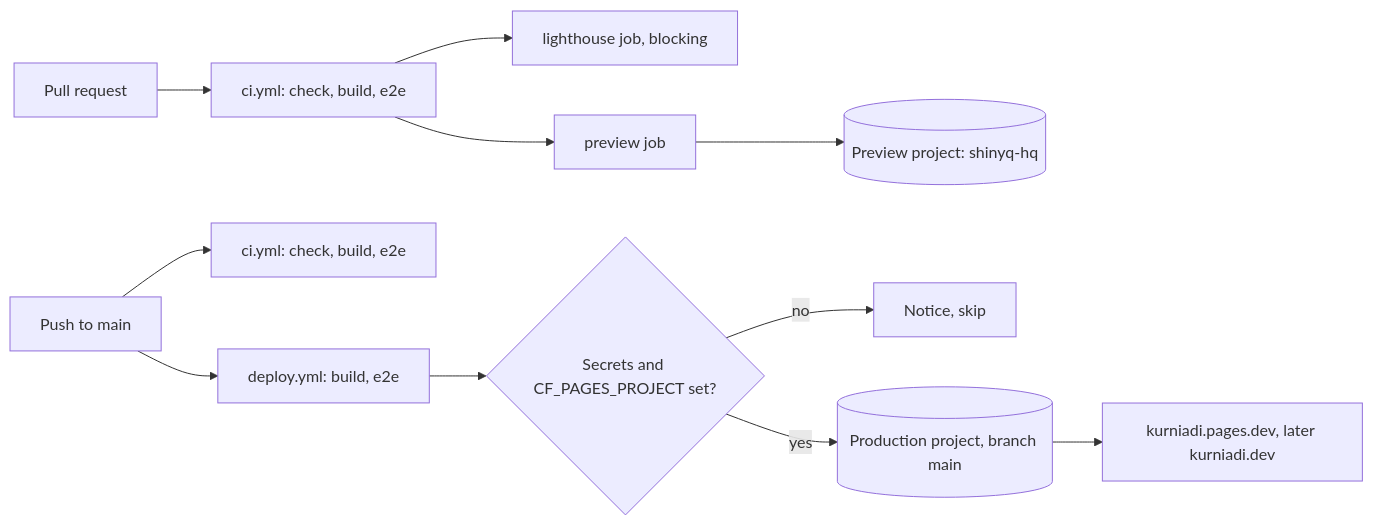
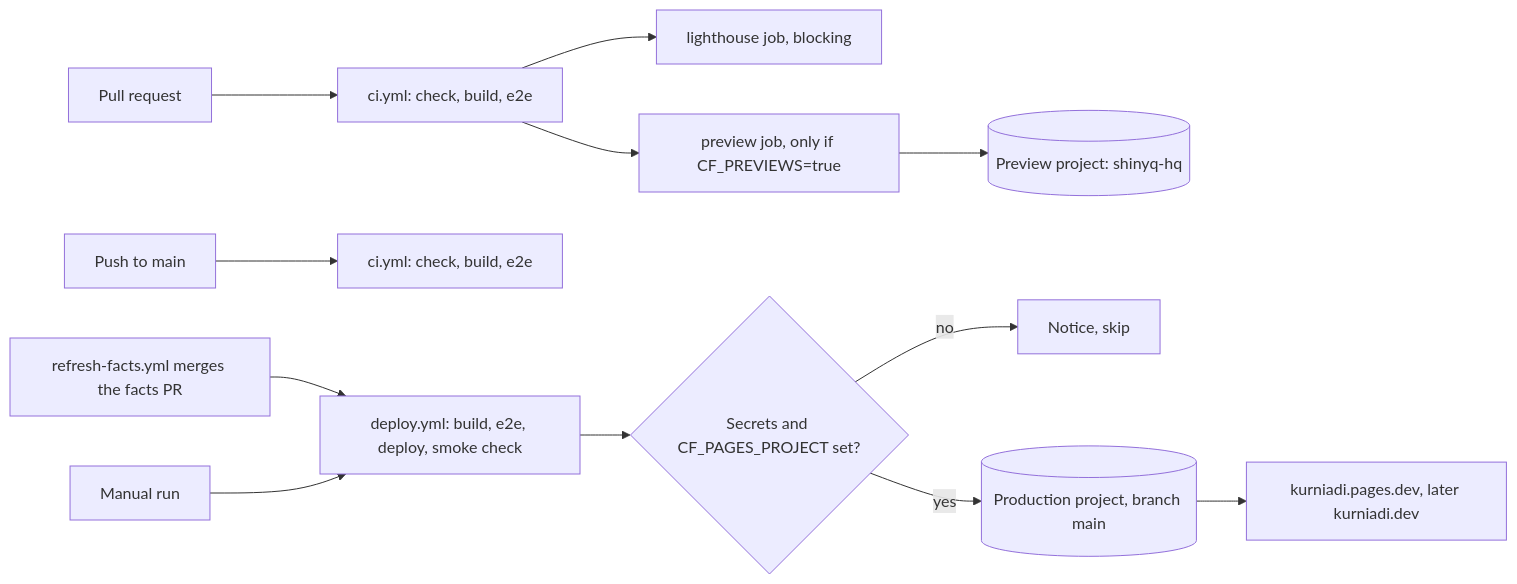
The diagram in docs/deploy.md (ShinyQ/ShinyQ-HQ), drawn with Mermaid before and after one commit. The commit also changed other lines of this file and 8 other files, not shown here.

Commit message:
ci: deploy production after the weekly facts merge or by hand, smoke check, Web Analytics beacon

````diff
--- a/docs/deploy.md
+++ b/docs/deploy.md
@@ -53,13 +67,14 @@
 ```mermaid
 flowchart LR
   PR[Pull request] --> CI[ci.yml: check, build, e2e]
   CI --> LH[lighthouse job, blocking]
-  CI --> PV[preview job]
+  CI --> PV[preview job, only if CF_PREVIEWS=true]
   PV --> PP[(Preview project: shinyq-hq)]
   M[Push to main] --> CI2[ci.yml: check, build, e2e]
-  M --> D[deploy.yml: build, e2e]
+  W[refresh-facts.yml merges the facts PR] --> D[deploy.yml: build, e2e, deploy, smoke check]
+  H[Manual run] --> D
   D --> G{Secrets and CF_PAGES_PROJECT set?}
   G -- no --> S[Notice, skip]
   G -- yes --> P[(Production project, branch main)]
   P --> U[kurniadi.pages.dev, later kurniadi.dev]
 ```
````
